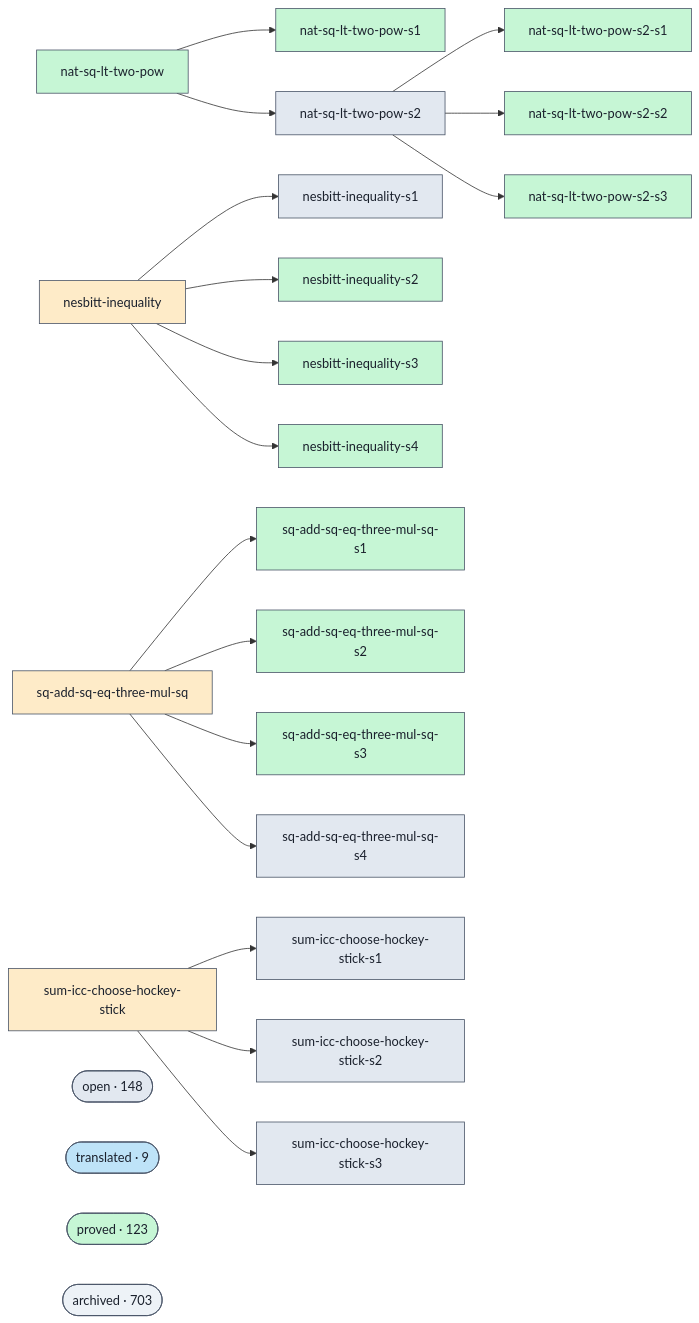
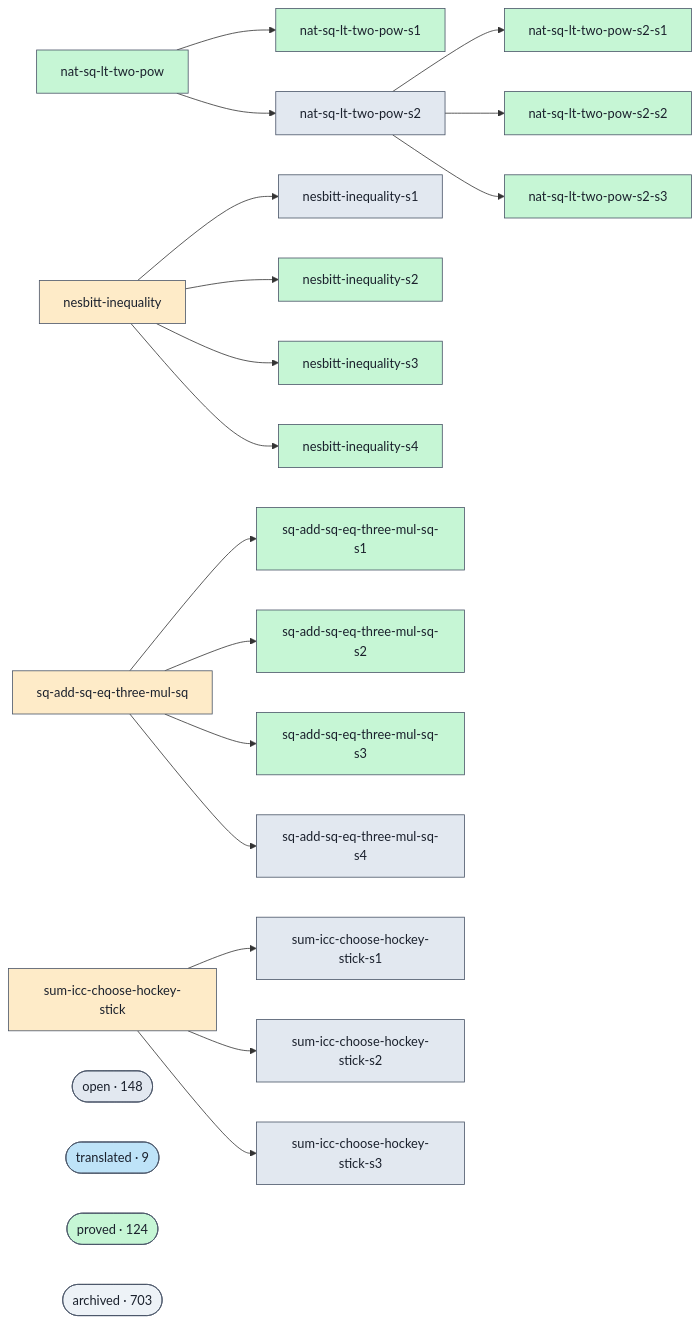
The diagram in docs/proofs-contributors-visualisation.md (ohdearquant/unsorry), drawn with Mermaid before and after one commit. The commit also changed other lines of this file and 2 other files, not shown here.

```diff
--- a/docs/proofs-contributors-visualisation.md
+++ b/docs/proofs-contributors-visualisation.md
@@ -102,7 +102,7 @@
   class cluster_open open;
   cluster_translated(["translated · 9"])
   class cluster_translated translated;
-  cluster_proved(["proved · 123"])
+  cluster_proved(["proved · 124"])
   class cluster_proved proved;
   cluster_archived(["archived · 703"])
   class cluster_archived unknown;
```
